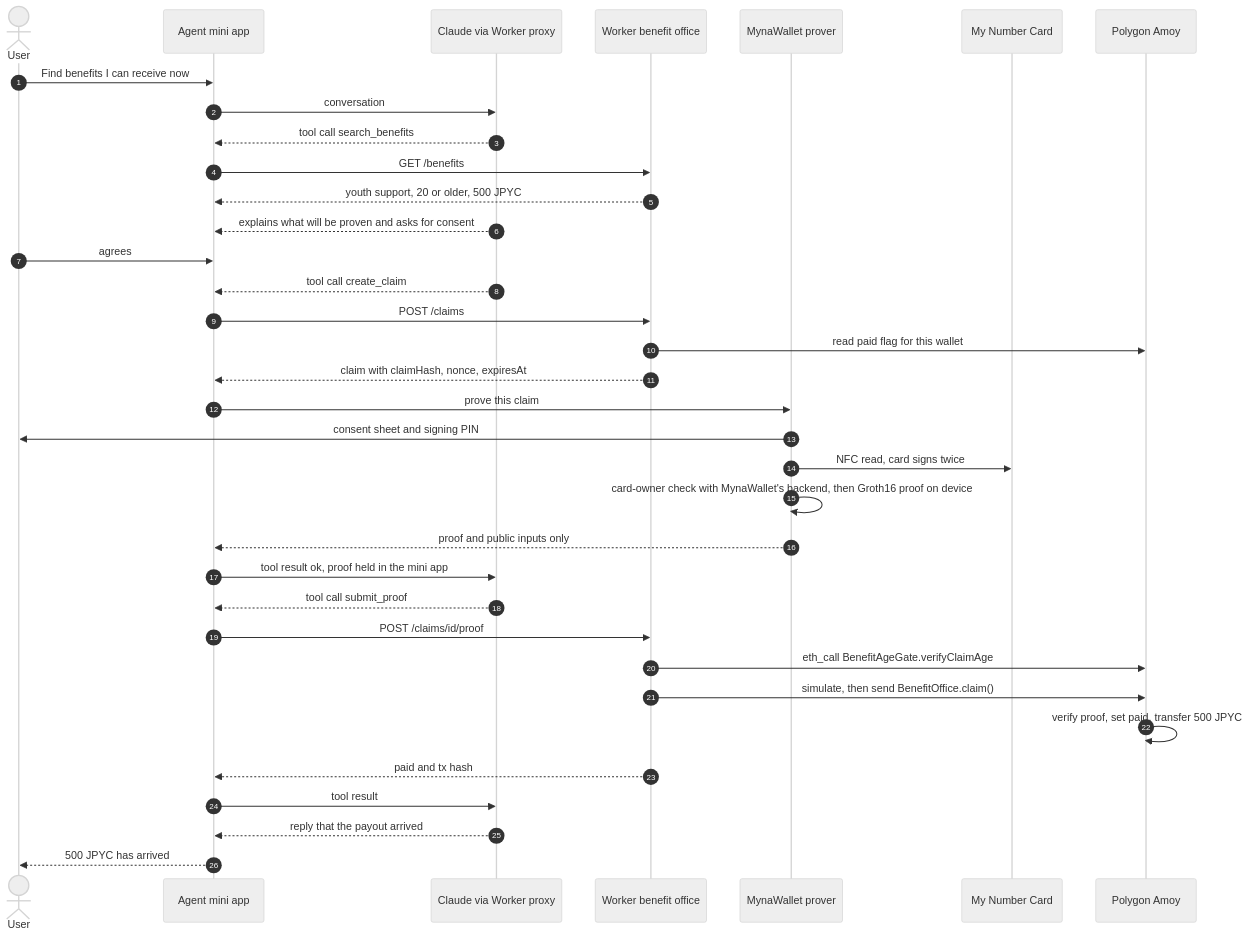
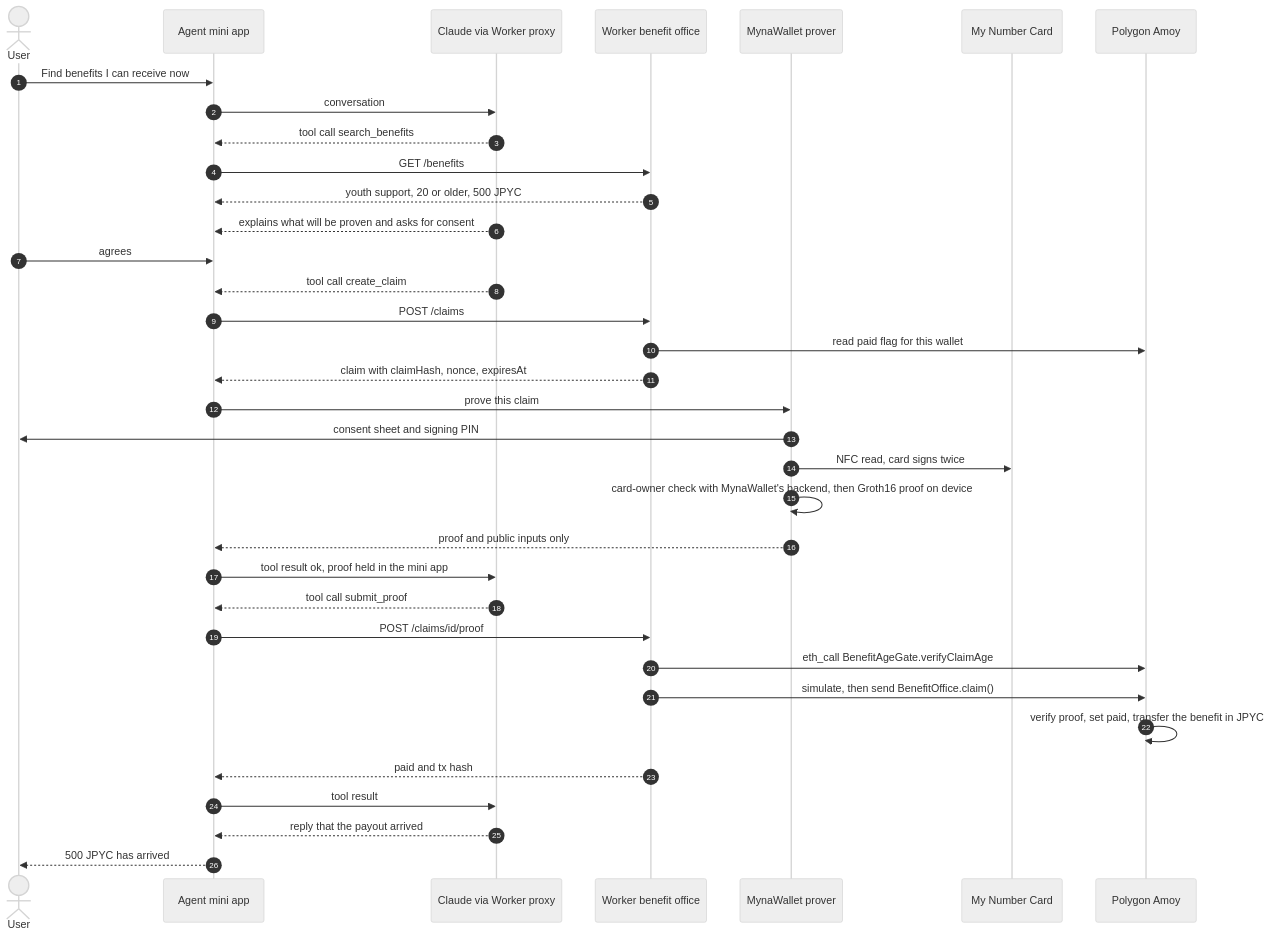
Before and after one commit to a42x/ETHGlobalTokyo2026: the second of 2 diagrams in README.md, drawn with Mermaid (neutral theme). The commit also changed other lines of this file and 1 other file, not shown here.

````diff
--- a/README.md
+++ b/README.md
@@ -114,38 +112,38 @@
 ```mermaid
 sequenceDiagram
   autonumber
   actor U as User
   participant M as Agent mini app
   participant L as Claude via Worker proxy
   participant W as Worker benefit office
   participant P as MynaWallet prover
   participant C as My Number Card
   participant A as Polygon Amoy
 
   U->>M: Find benefits I can receive now
   M->>L: conversation
   L-->>M: tool call search_benefits
   M->>W: GET /benefits
   W-->>M: youth support, 20 or older, 500 JPYC
   L-->>M: explains what will be proven and asks for consent
   U->>M: agrees
   L-->>M: tool call create_claim
   M->>W: POST /claims
   W->>A: read paid flag for this wallet
   W-->>M: claim with claimHash, nonce, expiresAt
   M->>P: prove this claim
   P->>U: consent sheet and signing PIN
   P->>C: NFC read, card signs twice
   P->>P: card-owner check with MynaWallet's backend, then Groth16 proof on device
   P-->>M: proof and public inputs only
   M->>L: tool result ok, proof held in the mini app
   L-->>M: tool call submit_proof
   M->>W: POST /claims/id/proof
   W->>A: eth_call BenefitAgeGate.verifyClaimAge
   W->>A: simulate, then send BenefitOffice.claim()
-  A->>A: verify proof, set paid, transfer 500 JPYC
+  A->>A: verify proof, set paid, transfer the benefit in JPYC
   W-->>M: paid and tx hash
   M->>L: tool result
   L-->>M: reply that the payout arrived
   M-->>U: 500 JPYC has arrived
 ```
````
